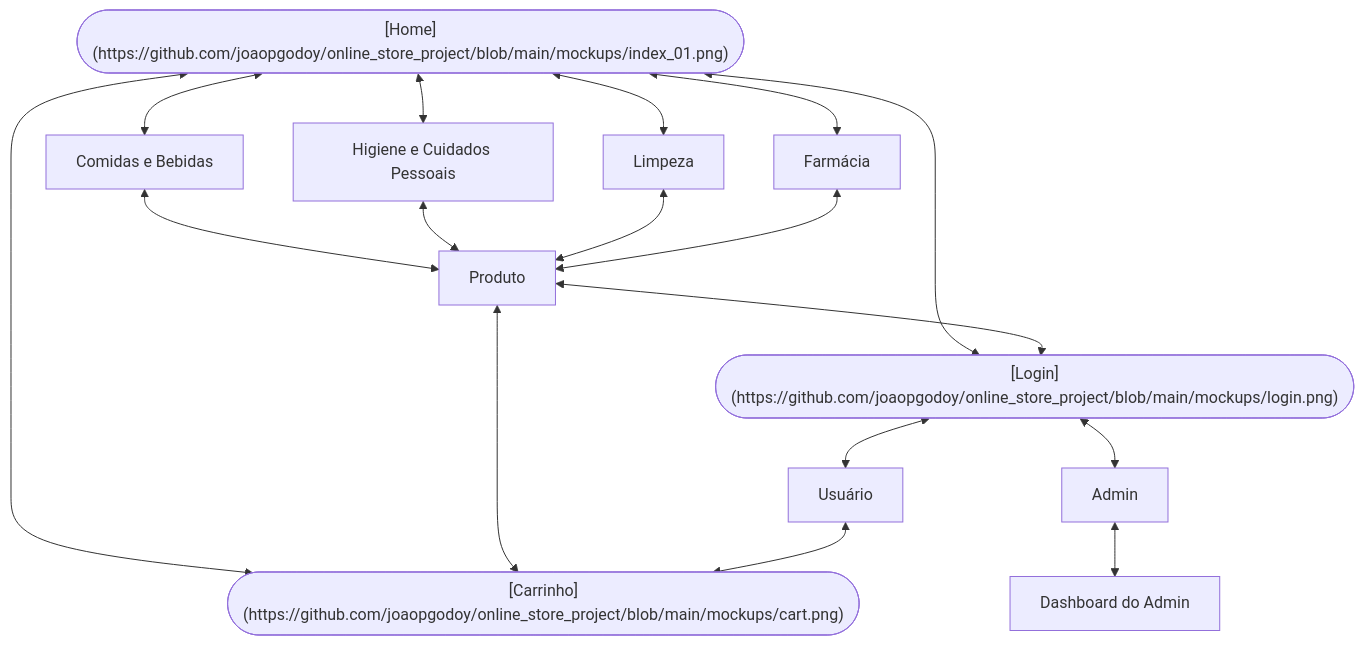
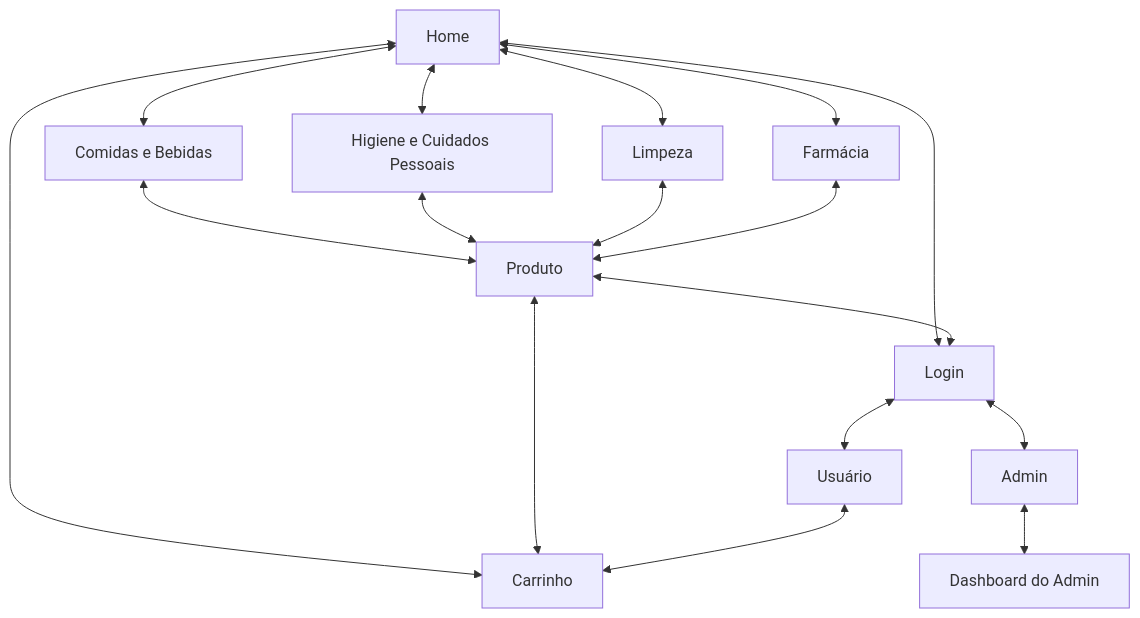
Before and after one commit to joaopgodoy/online_store_project: the diagram in README.md, drawn with Mermaid.

Commit message:
FIX: navigation diagram test

````diff
--- a/README.md
+++ b/README.md
@@ -47,38 +47,43 @@
 ```mermaid
 graph TD
-  Home(["[Home](https://github.com/joaopgodoy/online_store_project/blob/main/mockups/index_01.png)"])
+  Home[Home]
   Comidas[Comidas e Bebidas]
   Higiene[Higiene e Cuidados Pessoais]
   Limpeza[Limpeza]
   Farmacia[Farmácia]
   Produto[Produto]
-  Carrinho(["[Carrinho](https://github.com/joaopgodoy/online_store_project/blob/main/mockups/cart.png)"])
-  Login(["[Login](https://github.com/joaopgodoy/online_store_project/blob/main/mockups/login.png)"])
+  Carrinho[Carrinho]
+  Login[Login]
   Usuario[Usuário]
   Admin[Admin]
   Dashboard[Dashboard do Admin]
 
+  %% Ligações
   Home <--> Comidas
   Home <--> Higiene
   Home <--> Limpeza
   Home <--> Farmacia
   Home <--> Carrinho
   Home <--> Login
 
   Comidas <--> Produto
   Higiene <--> Produto
   Limpeza <--> Produto
   Farmacia <--> Produto
 
   Produto <--> Carrinho
   Produto <--> Login
 
   Login <--> Usuario
   Usuario <--> Carrinho
 
   Login <--> Admin
   Admin <--> Dashboard
 
+  %% Links nos nós
+  click Home "https://github.com/joaopgodoy/online_store_project/blob/main/mockups/index_01.png" _blank
+  click Carrinho "https://github.com/joaopgodoy/online_store_project/blob/main/mockups/cart.png" _blank
+  click Login "https://github.com/joaopgodoy/online_store_project/blob/main/mockups/login.png" _blank
 
 
 ```
````
